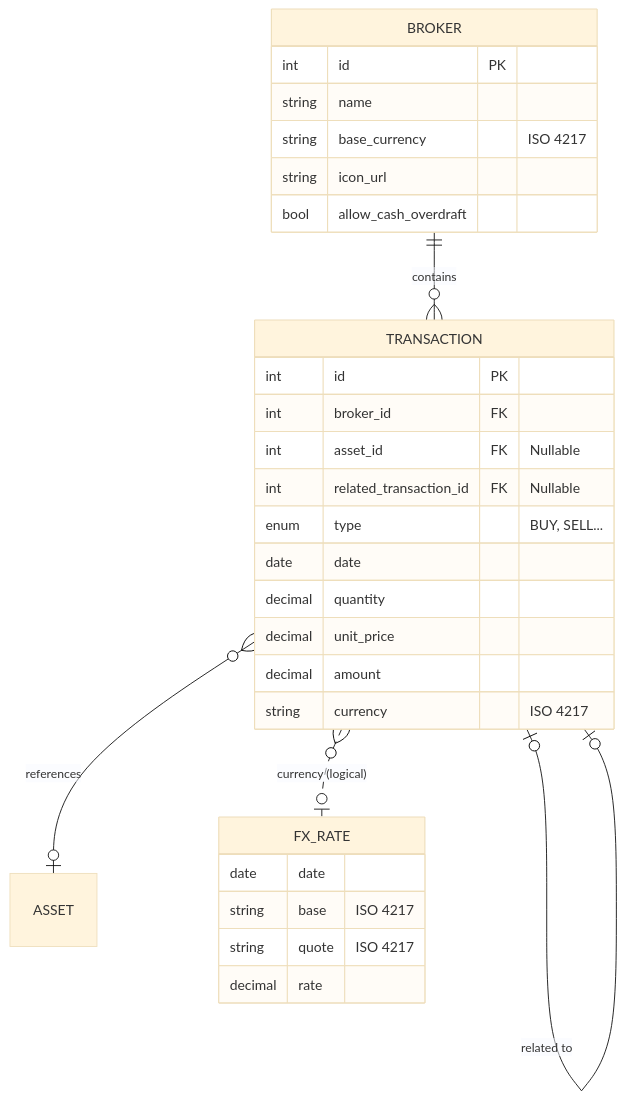
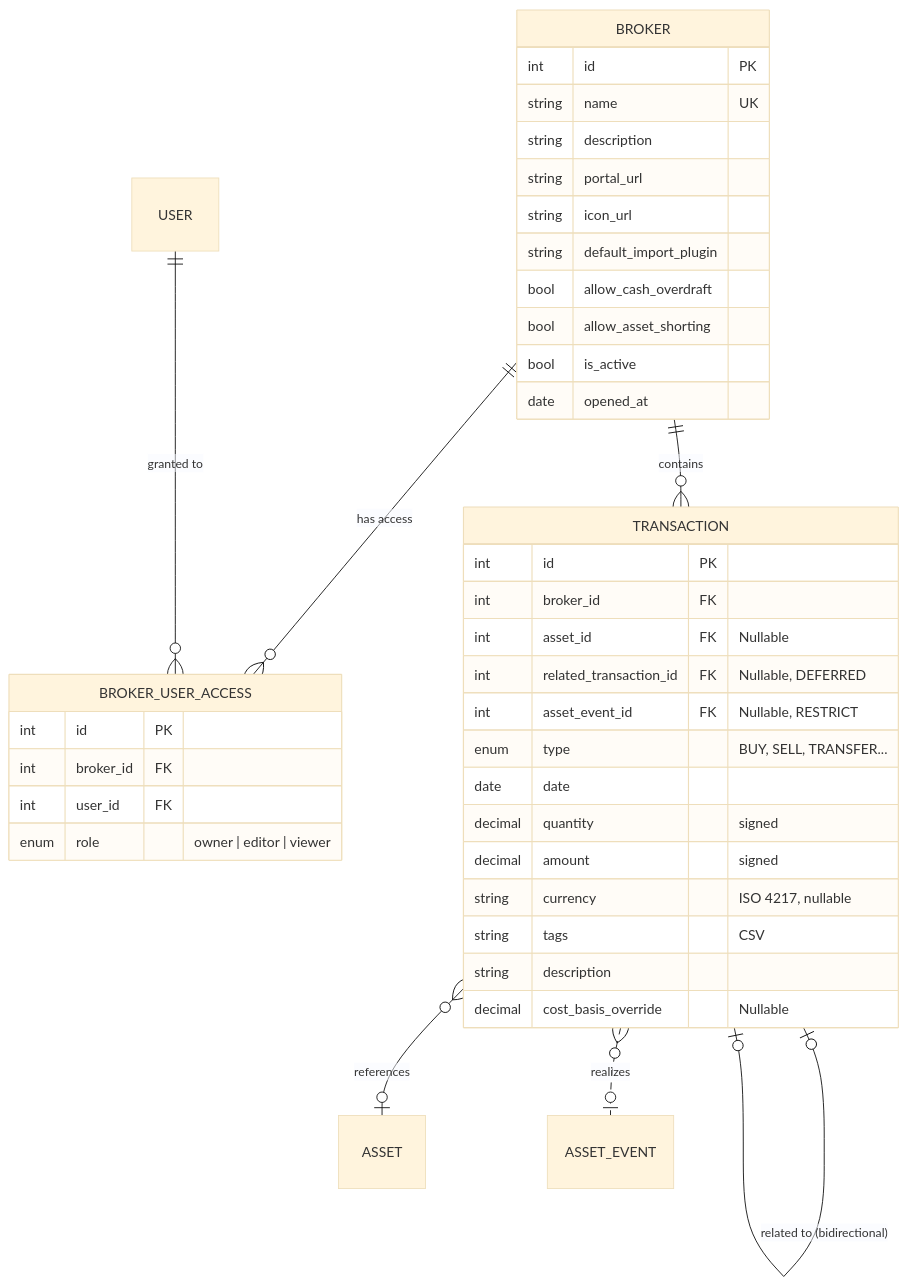
The diagram in mkdocs_src/docs/developer/architecture/database/brokers_transactions.md (Librefolio/LibreFolio), drawn with Mermaid (base theme) before and after one commit. The commit also changed other lines of this file and 12 other files, not shown here.

````diff
--- a/mkdocs_src/docs/developer/architecture/database/brokers_transactions.md
+++ b/mkdocs_src/docs/developer/architecture/database/brokers_transactions.md
@@ -7,35 +7,45 @@
 ```mermaid
 erDiagram
+    BROKER ||--o{ BROKER_USER_ACCESS : "has access"
+    USER ||--o{ BROKER_USER_ACCESS : "granted to"
     BROKER ||--o{ TRANSACTION : "contains"
-    TRANSACTION |o--o| TRANSACTION : "related to"
+    TRANSACTION |o--o| TRANSACTION : "related to (bidirectional)"
     TRANSACTION }o--o| ASSET : "references"
-    TRANSACTION }o..o| FX_RATE : "currency (logical)"
+    TRANSACTION }o..o| ASSET_EVENT : "realizes"
 
     BROKER {
         int id PK
-        string name
-        string base_currency "ISO 4217"
+        string name UK
+        string description
+        string portal_url
         string icon_url
+        string default_import_plugin
         bool allow_cash_overdraft
+        bool allow_asset_shorting
+        bool is_active
+        date opened_at
+    }
+
+    BROKER_USER_ACCESS {
+        int id PK
+        int broker_id FK
+        int user_id FK
+        enum role "owner | editor | viewer"
     }
 
     TRANSACTION {
         int id PK
         int broker_id FK
         int asset_id FK "Nullable"
-        int related_transaction_id FK "Nullable"
-        enum type "BUY, SELL..."
+        int related_transaction_id FK "Nullable, DEFERRED"
+        int asset_event_id FK "Nullable, RESTRICT"
+        enum type "BUY, SELL, TRANSFER..."
         date date
-        decimal quantity
-        decimal unit_price
-        decimal amount
-        string currency "ISO 4217"
-    }
-
-    FX_RATE {
-        date date
-        string base "ISO 4217"
-        string quote "ISO 4217"
-        decimal rate
+        decimal quantity "signed"
+        decimal amount "signed"
+        string currency "ISO 4217, nullable"
+        string tags "CSV"
+        string description
+        decimal cost_basis_override "Nullable"
     }
 ```
````
